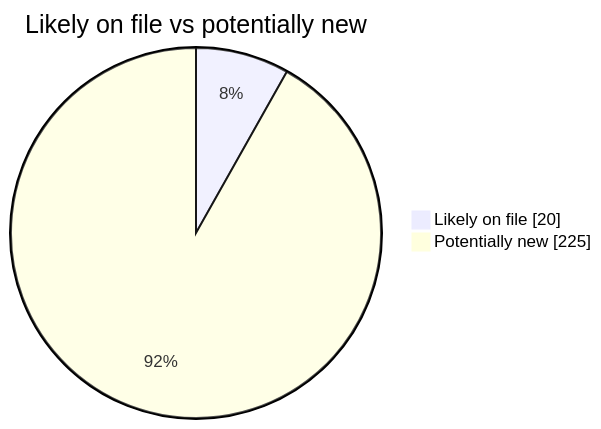
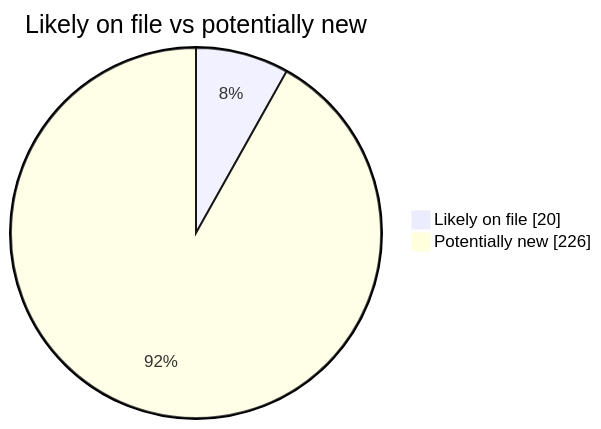
One commit to martinbalfanz/social-scanner-reports changed the second of 4 diagrams in README.md. Above: the diagram before and after it, drawn with Mermaid. The commit also changed other lines of this file and 2 other files, not shown here.

````diff
--- a/README.md
+++ b/README.md
@@ -40,5 +40,5 @@
 ```mermaid
 pie showData title Likely on file vs potentially new
     "Likely on file" : 20
-    "Potentially new" : 225
+    "Potentially new" : 226
 ```
````
